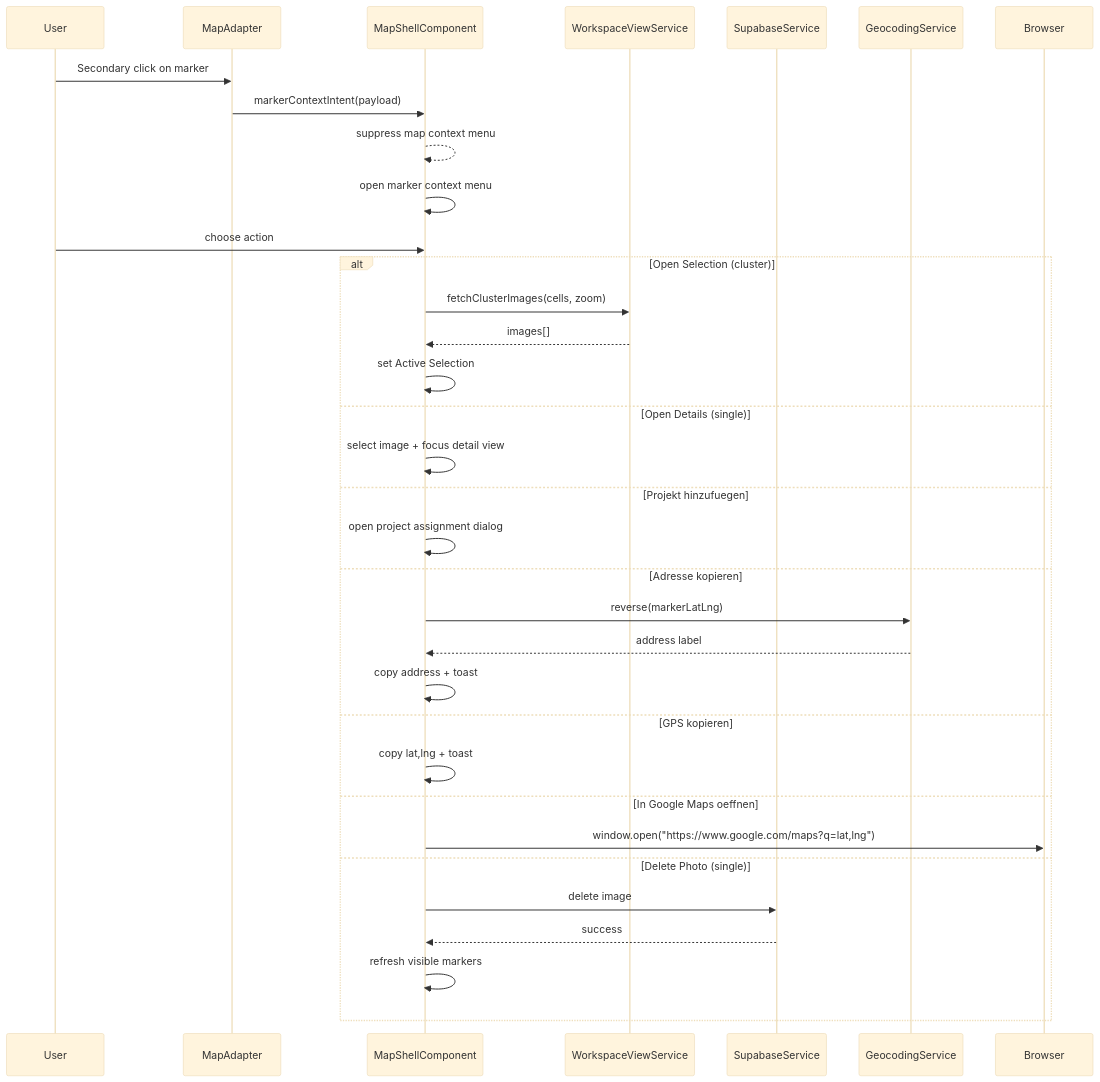
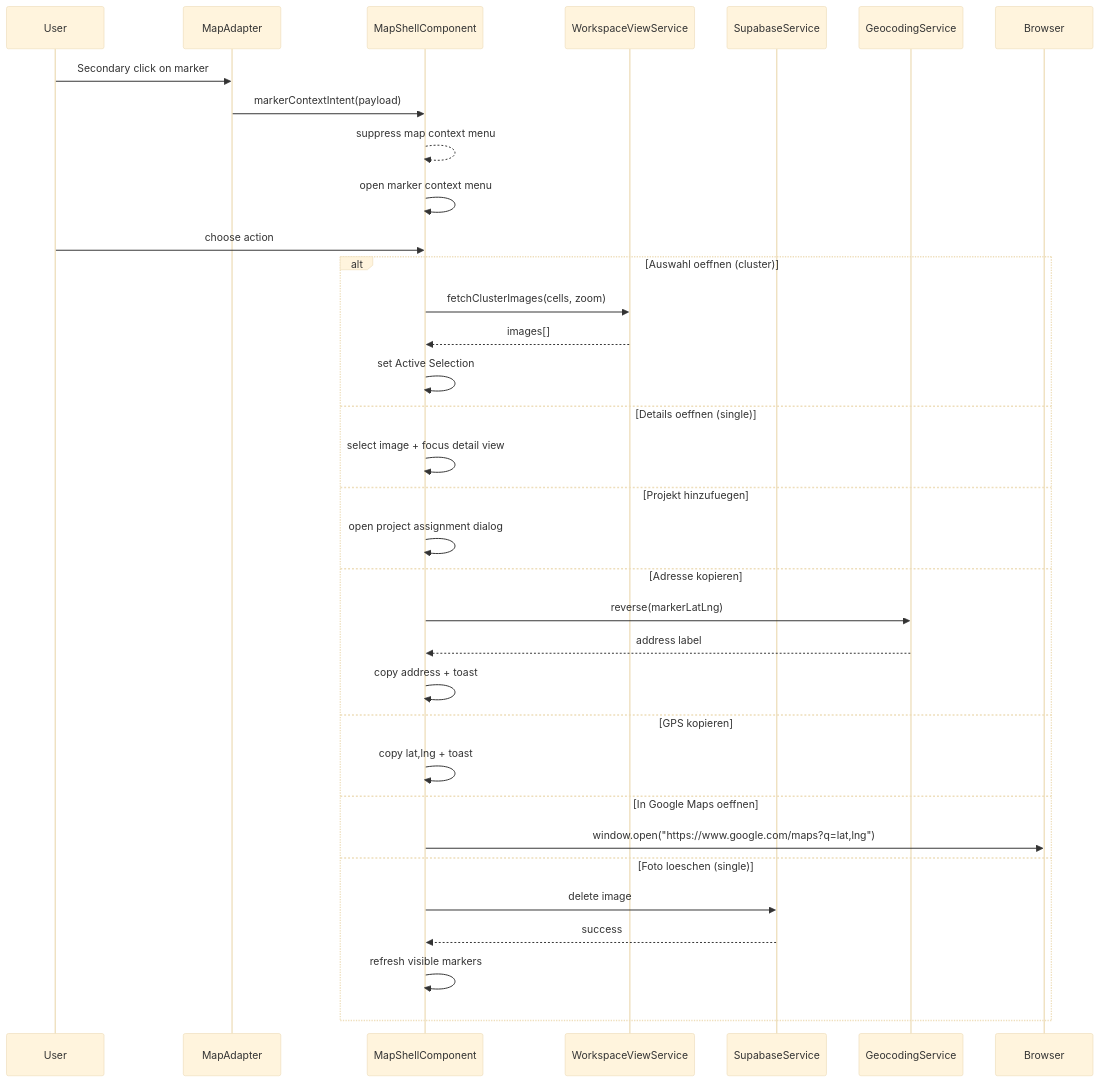
Before and after one commit to matkleve/feldpost: the second of 2 diagrams in docs/element-specs/photo-marker-context-menu.md, drawn with Mermaid (base theme). The commit also changed other lines of this file and 22 other files, not shown here.

````diff
--- a/docs/element-specs/photo-marker-context-menu.md
+++ b/docs/element-specs/photo-marker-context-menu.md
@@ -128,37 +129,37 @@
 ```mermaid
 sequenceDiagram
   participant U as User
   participant MA as MapAdapter
   participant MS as MapShellComponent
   participant WVS as WorkspaceViewService
   participant SS as SupabaseService
   participant GS as GeocodingService
   participant BR as Browser
 
   U->>MA: Secondary click on marker
   MA->>MS: markerContextIntent(payload)
   MS-->>MS: suppress map context menu
   MS->>MS: open marker context menu
   U->>MS: choose action
-  alt Open Selection (cluster)
+  alt Auswahl oeffnen (cluster)
     MS->>WVS: fetchClusterImages(cells, zoom)
     WVS-->>MS: images[]
     MS->>MS: set Active Selection
-  else Open Details (single)
+  else Details oeffnen (single)
     MS->>MS: select image + focus detail view
   else Projekt hinzufuegen
     MS->>MS: open project assignment dialog
   else Adresse kopieren
     MS->>GS: reverse(markerLatLng)
     GS-->>MS: address label
     MS->>MS: copy address + toast
   else GPS kopieren
     MS->>MS: copy lat,lng + toast
   else In Google Maps oeffnen
     MS->>BR: window.open("https://www.google.com/maps?q=lat,lng")
-  else Delete Photo (single)
+  else Foto loeschen (single)
     MS->>SS: delete image
     SS-->>MS: success
     MS->>MS: refresh visible markers
   end
 ```
````
